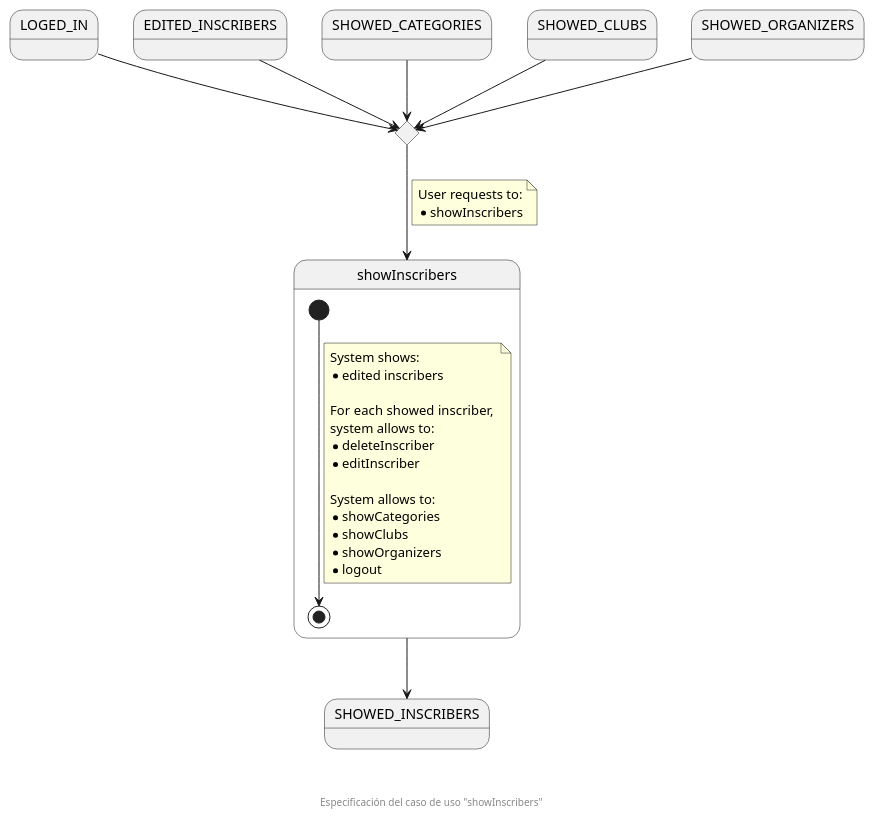
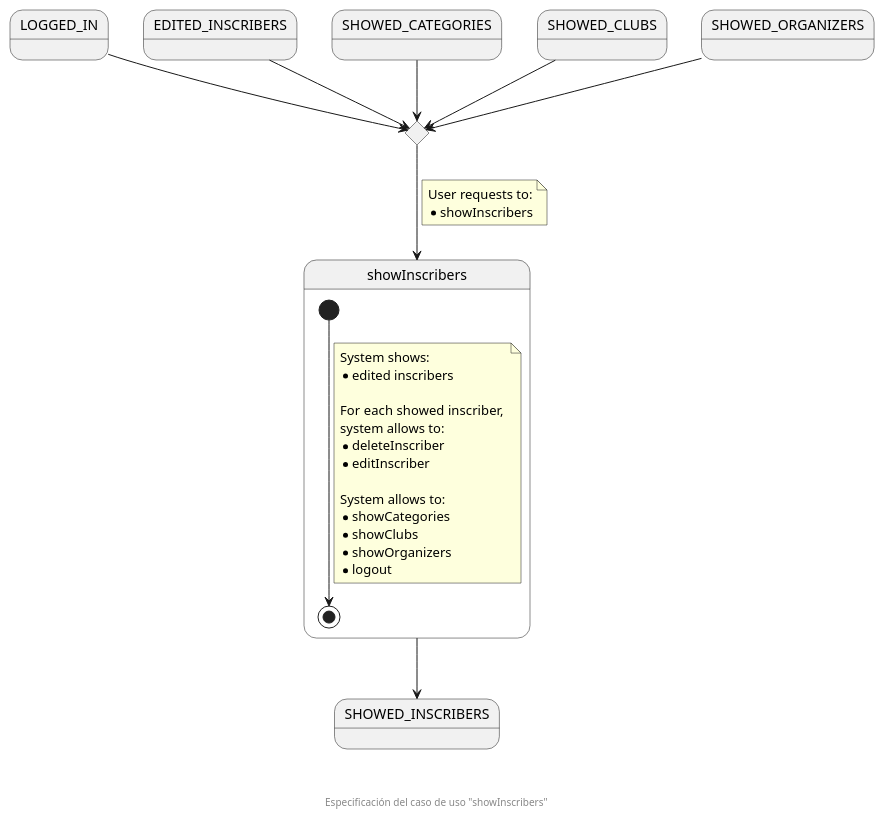
Before and after one commit to zuldare/mastercloud_pfm_halterocms: the diagram in documentation/diagrams/1_requirements/3_useCasesSpecification/organizationSecretary/10_showInscribers.puml, drawn with PlantUML. The commit also changed 5 other files, not shown here.

```diff
--- a/documentation/diagrams/1_requirements/3_useCasesSpecification/organizationSecretary/10_showInscribers.puml
+++ b/documentation/diagrams/1_requirements/3_useCasesSpecification/organizationSecretary/10_showInscribers.puml
@@ -1,44 +1,44 @@
 @startuml
-state LOGED_IN
+state LOGGED_IN
 state EDITED_INSCRIBERS
 state SHOWED_CATEGORIES
 state SHOWED_CLUBS
 state SHOWED_ORGANIZERS
 
 state enterShowInscriberCHC <<choice>>
 
 state showInscribers {
   [*] --> [*]
   note on link
     System shows:
     * edited inscribers
 
     For each showed inscriber, 
     system allows to:
     * deleteInscriber
     * editInscriber
 
     System allows to:
     * showCategories
     * showClubs
     * showOrganizers
     * logout
   end note
 }
 state SHOWED_INSCRIBERS
 
-LOGED_IN --> enterShowInscriberCHC
+LOGGED_IN --> enterShowInscriberCHC
 EDITED_INSCRIBERS --> enterShowInscriberCHC
 SHOWED_CATEGORIES --> enterShowInscriberCHC
 SHOWED_CLUBS --> enterShowInscriberCHC
 SHOWED_ORGANIZERS --> enterShowInscriberCHC
 
 enterShowInscriberCHC --> showInscribers
 note on link
   User requests to:
   * showInscribers
 end note
 showInscribers --> SHOWED_INSCRIBERS
 
 footer \n\n\n Especificación del caso de uso "showInscribers"
 @enduml
```
